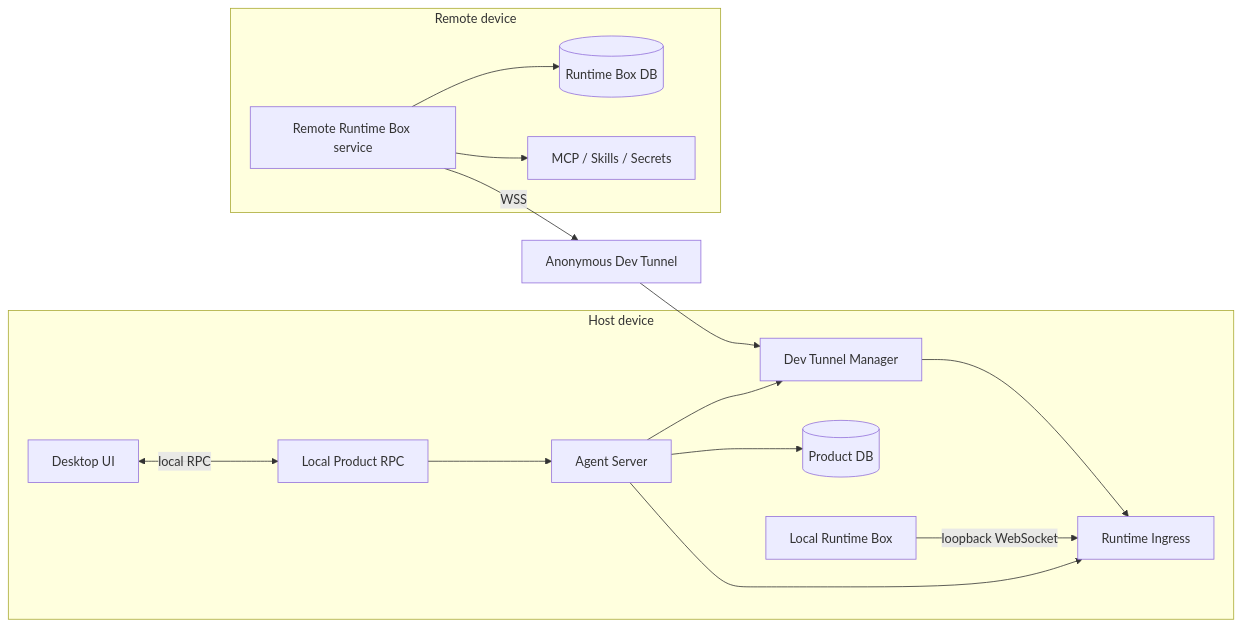
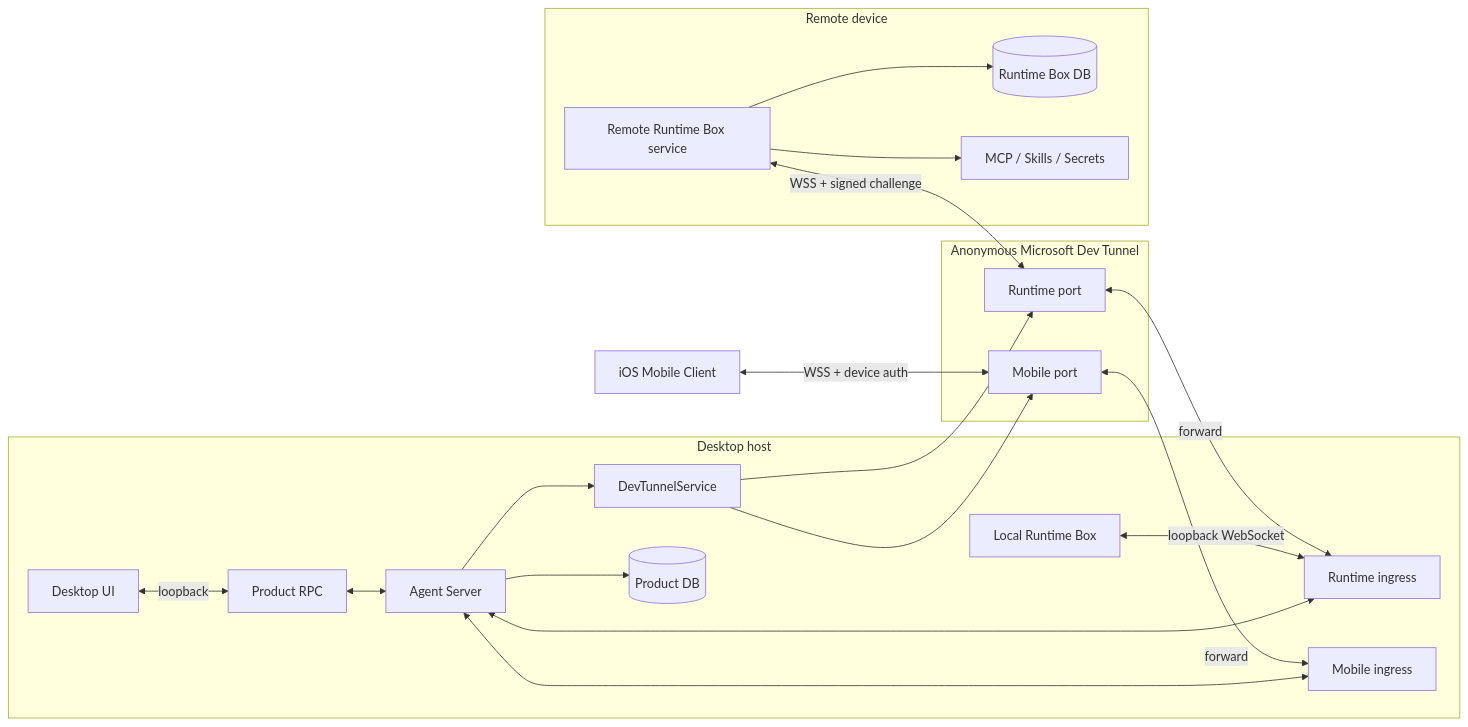
The first of 2 diagrams in docs/implementation/runtime-box.md (weivea/moshu), drawn with Mermaid before and after one commit. The commit also changed other lines of this file and 18 other files, not shown here.

First line of the commit message:
docs: sync architecture with runtime implementation

````diff
--- a/docs/implementation/runtime-box.md
+++ b/docs/implementation/runtime-box.md
@@ -39,30 +39,42 @@
 ```mermaid
 flowchart LR
-    subgraph H[Host device]
+    subgraph H[Desktop host]
         D[Desktop UI]
         AS[Agent Server]
-        PRPC[Local Product RPC]
-        RI[Runtime Ingress]
-        TM[Dev Tunnel Manager]
+        PRPC[Product RPC]
+        RI[Runtime ingress]
+        MI[Mobile ingress]
+        MGR[DevTunnelService]
         DB[(Product DB)]
         LB[Local Runtime Box]
+    end
+
+    subgraph T[Anonymous Microsoft Dev Tunnel]
+        RTP[Runtime port]
+        MTP[Mobile port]
     end
 
     subgraph R[Remote device]
         RB[Remote Runtime Box service]
         RDB[(Runtime Box DB)]
         EXT[MCP / Skills / Secrets]
     end
 
-    D <-->|local RPC| PRPC
-    PRPC --> AS
+    MC[iOS Mobile Client]
+
+    D <-->|loopback| PRPC
+    PRPC <--> AS
     AS --> DB
-    AS --> TM
-    AS --> RI
-    LB -->|loopback WebSocket| RI
-    RB -->|WSS| DT[Anonymous Dev Tunnel]
-    DT --> TM
-    TM --> RI
+    AS <--> RI
+    AS <--> MI
+    LB <-->|loopback WebSocket| RI
+    RB <-->|WSS + signed challenge| RTP
+    RTP <-->|forward| RI
+    MC <-->|WSS + device auth| MTP
+    MTP <-->|forward| MI
+    AS --> MGR
+    MGR --> RTP
+    MGR --> MTP
     RB --> RDB
     RB --> EXT
 ```
````
